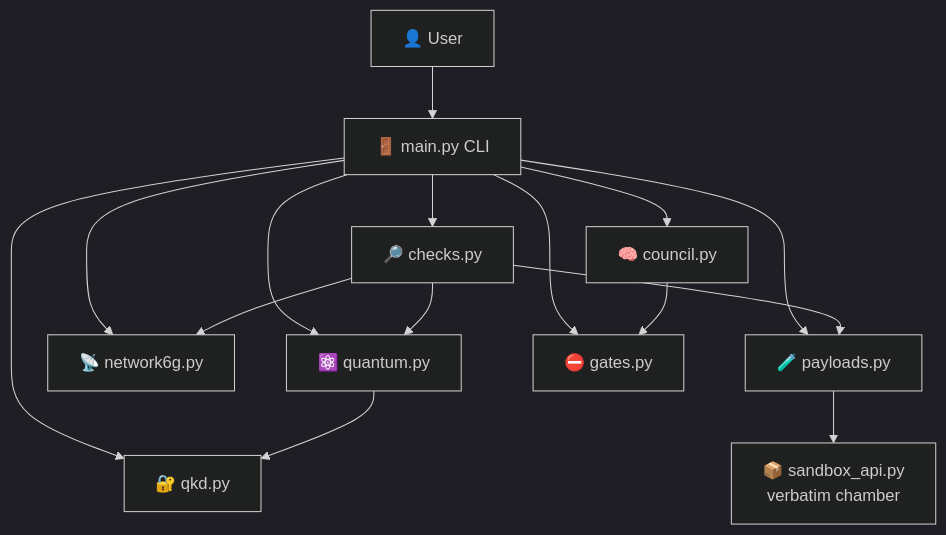
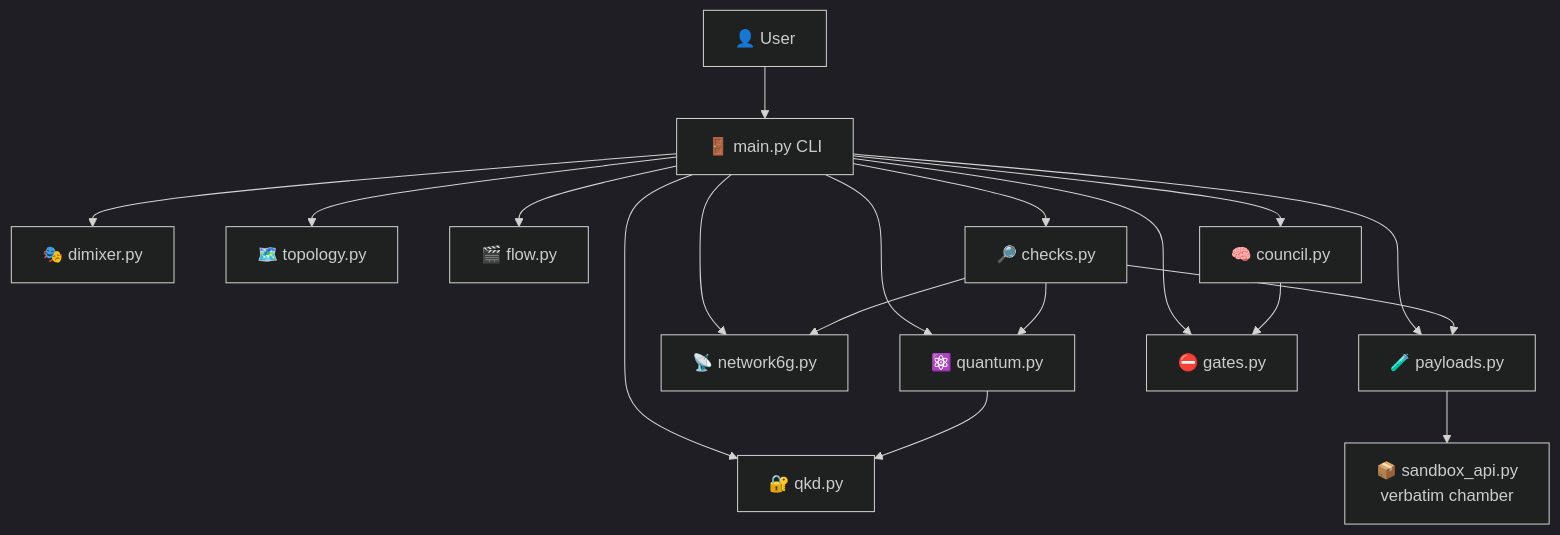
One commit to kimanicollier44-cmyk/Q6G-1TB changed the second of 15 diagrams in README.md. Above: the diagram before and after it, drawn with Mermaid (dark theme). The commit also changed other lines of this file and 9 other files, not shown here.

Commit message:
Q6G-1TB v1.2.0: merge DI-MIXER + topology + Google Flow + Gemini Carbon 4 / Muse full seats - gates 16, pytest 21, CHECKS 24/24

````diff
--- a/README.md
+++ b/README.md
@@ -83,16 +89,19 @@
 ```mermaid
 flowchart TD
     U[👤 User] --> MAIN[🚪 main.py CLI]
     MAIN --> Q[⚛️ quantum.py]
     MAIN --> N[📡 network6g.py]
     MAIN --> K[🔐 qkd.py]
     MAIN --> SB[🧪 payloads.py] --> SA[📦 sandbox_api.py<br/>verbatim chamber]
+    MAIN --> DM[🎭 dimixer.py]
+    MAIN --> TP[🗺️ topology.py]
+    MAIN --> FL[🎬 flow.py]
     MAIN --> C[🧠 council.py]
     MAIN --> G[⛔ gates.py]
     MAIN --> CH[🔎 checks.py]
     Q --> K
     C --> G
     CH --> Q
     CH --> N
     CH --> SB
 ```
````
